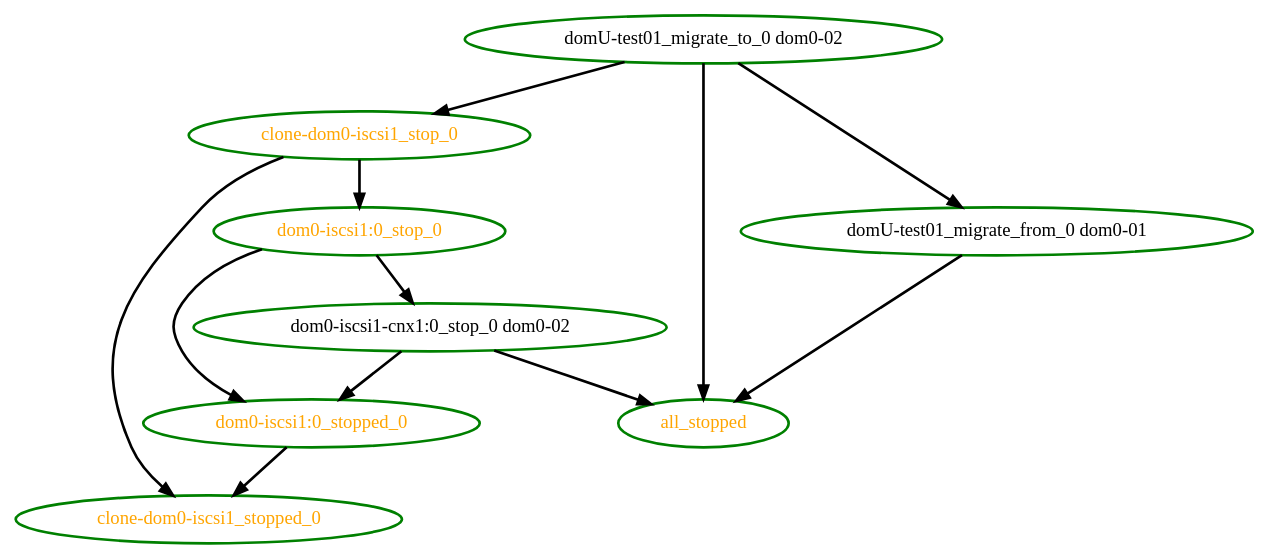
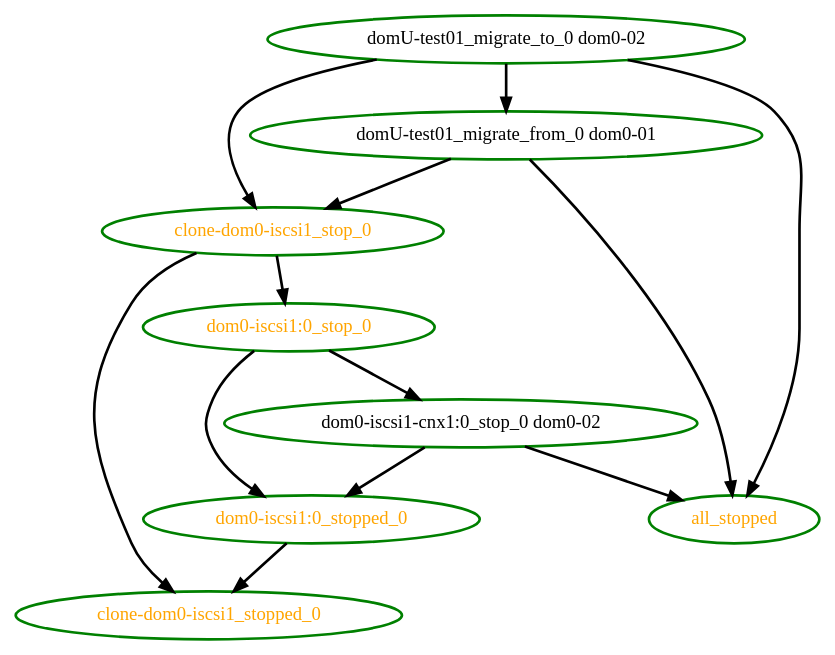
The diagram in pengine/test10/migrate-5.dot (linux-ha-japan/pm_diskd), drawn with Graphviz before and after one commit. The commit also changed 11 other files, not shown here.

```diff
--- a/pengine/test10/migrate-5.dot
+++ b/pengine/test10/migrate-5.dot
@@ -1,21 +1,22 @@
 digraph "g" {
 "all_stopped" [ style=bold color="green" fontcolor="orange"  ]
 "clone-dom0-iscsi1_stop_0" -> "clone-dom0-iscsi1_stopped_0" [ style = bold]
 "clone-dom0-iscsi1_stop_0" -> "dom0-iscsi1:0_stop_0" [ style = bold]
 "clone-dom0-iscsi1_stop_0" [ style=bold color="green" fontcolor="orange"  ]
 "clone-dom0-iscsi1_stopped_0" [ style=bold color="green" fontcolor="orange"  ]
 "dom0-iscsi1-cnx1:0_stop_0 dom0-02" -> "all_stopped" [ style = bold]
 "dom0-iscsi1-cnx1:0_stop_0 dom0-02" -> "dom0-iscsi1:0_stopped_0" [ style = bold]
 "dom0-iscsi1-cnx1:0_stop_0 dom0-02" [ style=bold color="green" fontcolor="black"  ]
 "dom0-iscsi1:0_stop_0" -> "dom0-iscsi1-cnx1:0_stop_0 dom0-02" [ style = bold]
 "dom0-iscsi1:0_stop_0" -> "dom0-iscsi1:0_stopped_0" [ style = bold]
 "dom0-iscsi1:0_stop_0" [ style=bold color="green" fontcolor="orange"  ]
 "dom0-iscsi1:0_stopped_0" -> "clone-dom0-iscsi1_stopped_0" [ style = bold]
 "dom0-iscsi1:0_stopped_0" [ style=bold color="green" fontcolor="orange"  ]
 "domU-test01_migrate_from_0 dom0-01" -> "all_stopped" [ style = bold]
+"domU-test01_migrate_from_0 dom0-01" -> "clone-dom0-iscsi1_stop_0" [ style = bold]
 "domU-test01_migrate_from_0 dom0-01" [ style=bold color="green" fontcolor="black"  ]
 "domU-test01_migrate_to_0 dom0-02" -> "all_stopped" [ style = bold]
 "domU-test01_migrate_to_0 dom0-02" -> "clone-dom0-iscsi1_stop_0" [ style = bold]
 "domU-test01_migrate_to_0 dom0-02" -> "domU-test01_migrate_from_0 dom0-01" [ style = bold]
 "domU-test01_migrate_to_0 dom0-02" [ style=bold color="green" fontcolor="black"  ]
 }
```
